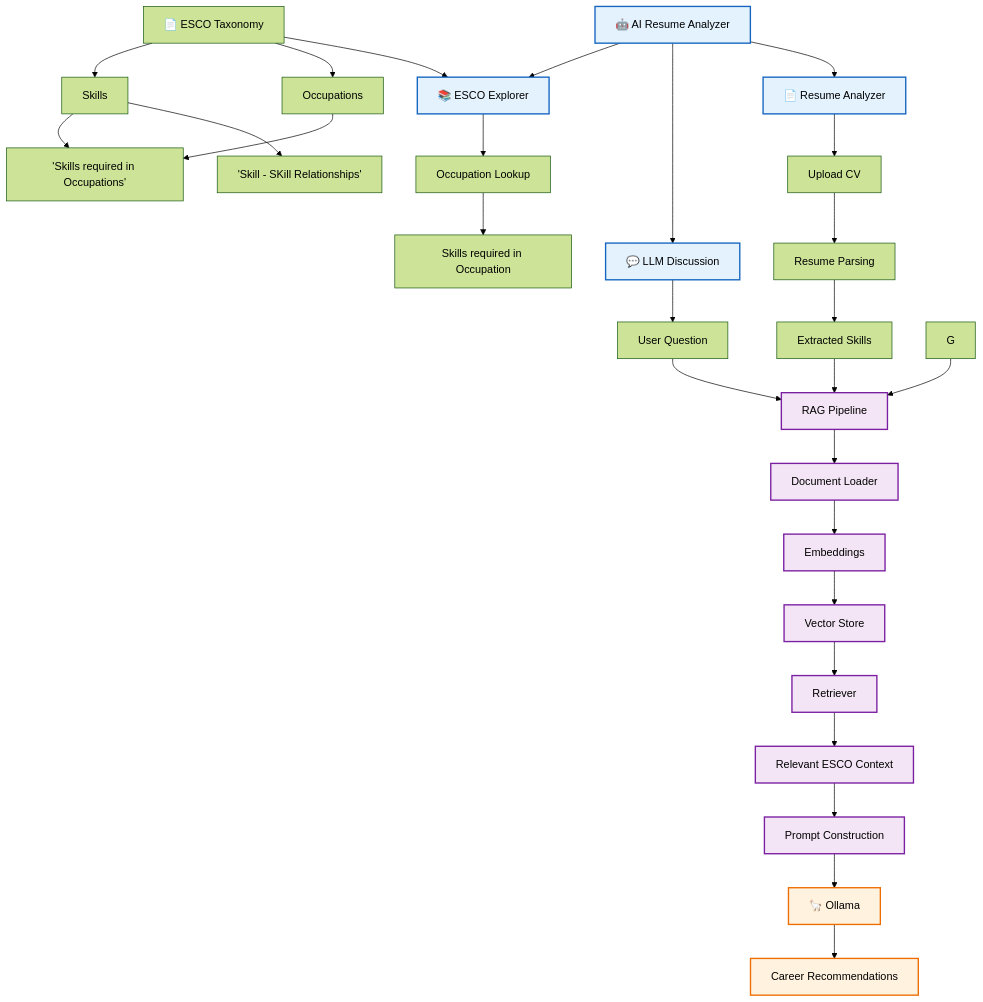
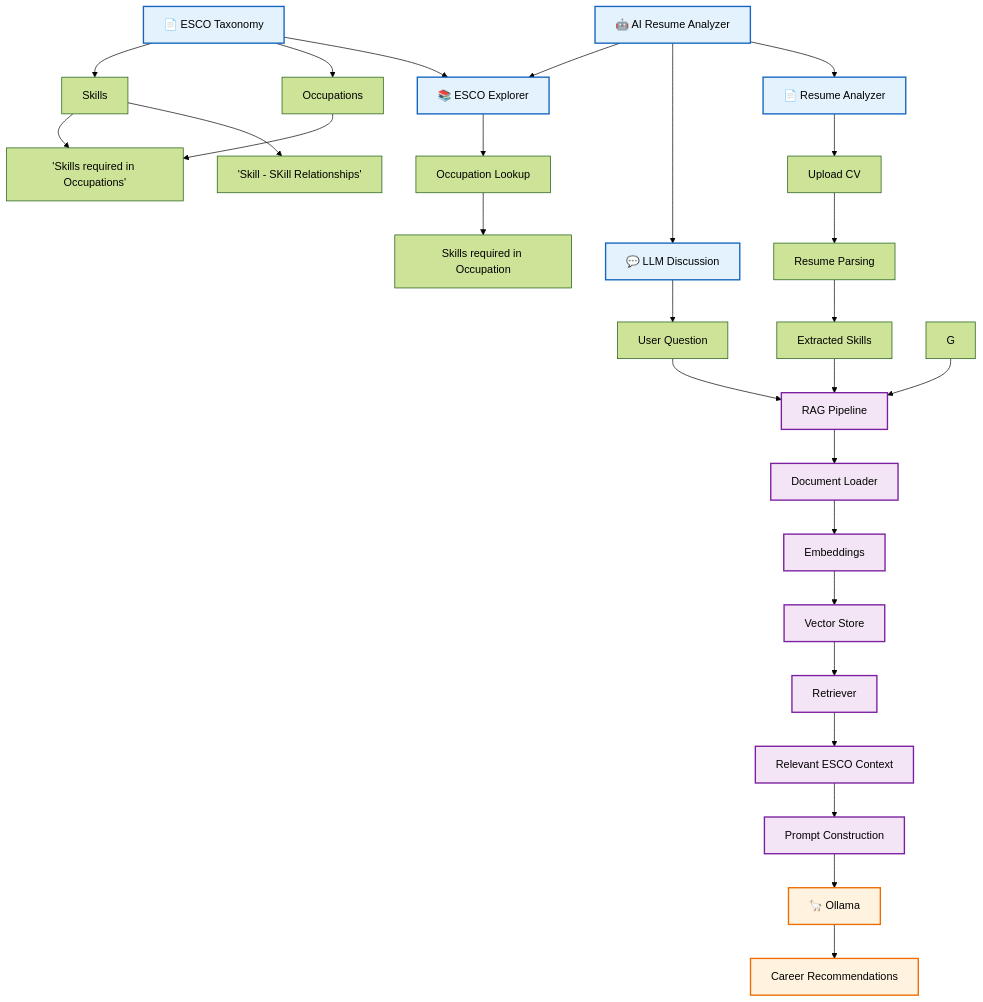
Before and after one commit to koncharman/resume_analyzer: the diagram in README.md, drawn with Mermaid (forest theme).

````diff
--- a/README.md
+++ b/README.md
@@ -10,47 +10,47 @@
 ```mermaid
 flowchart TD
     ES["📄 ESCO Taxonomy"]
     ES --> ESS["Skills"]
     ES --> ESO["Occupations"]
     ESS --> ESSO['Skills required in Occupations']
     ESO --> ESSO
     ESS --> ESSS['Skill - SKill Relationships']
 
     A["🤖 AI Resume Analyzer"]
     
     A --> B["📚 ESCO Explorer"]
     A --> C["💬 LLM Discussion"]
     A --> D["📄 Resume Analyzer"]
 
     ES --> B
     B --> E["Occupation Lookup"]
     E --> F["Skills required in Occupation"]
 
     C --> H["User Question"]
 
     D --> I["Upload CV"]
     I --> J["Resume Parsing"]
     J --> K["Extracted Skills"]
 
     G --> L["RAG Pipeline"]
     H --> L
     K --> L
 
     L --> M["Document Loader"]
     M --> N["Embeddings"]
     N --> O["Vector Store"]
     O --> P["Retriever"]
 
     P --> Q["Relevant ESCO Context"]
     Q --> R["Prompt Construction"]
     R --> S["🦙 Ollama"]
     S --> T["Career Recommendations"]
 
     classDef app fill:#e3f2fd,stroke:#1565c0,stroke-width:2px;
     classDef rag fill:#f3e5f5,stroke:#7b1fa2,stroke-width:2px;
     classDef llm fill:#fff3e0,stroke:#ef6c00,stroke-width:2px;
 
-    class A,B,C,D app;
+    class A,B,C,D,ES app;
     class L,M,N,O,P,Q,R rag;
     class S,T llm;
 ```
````
